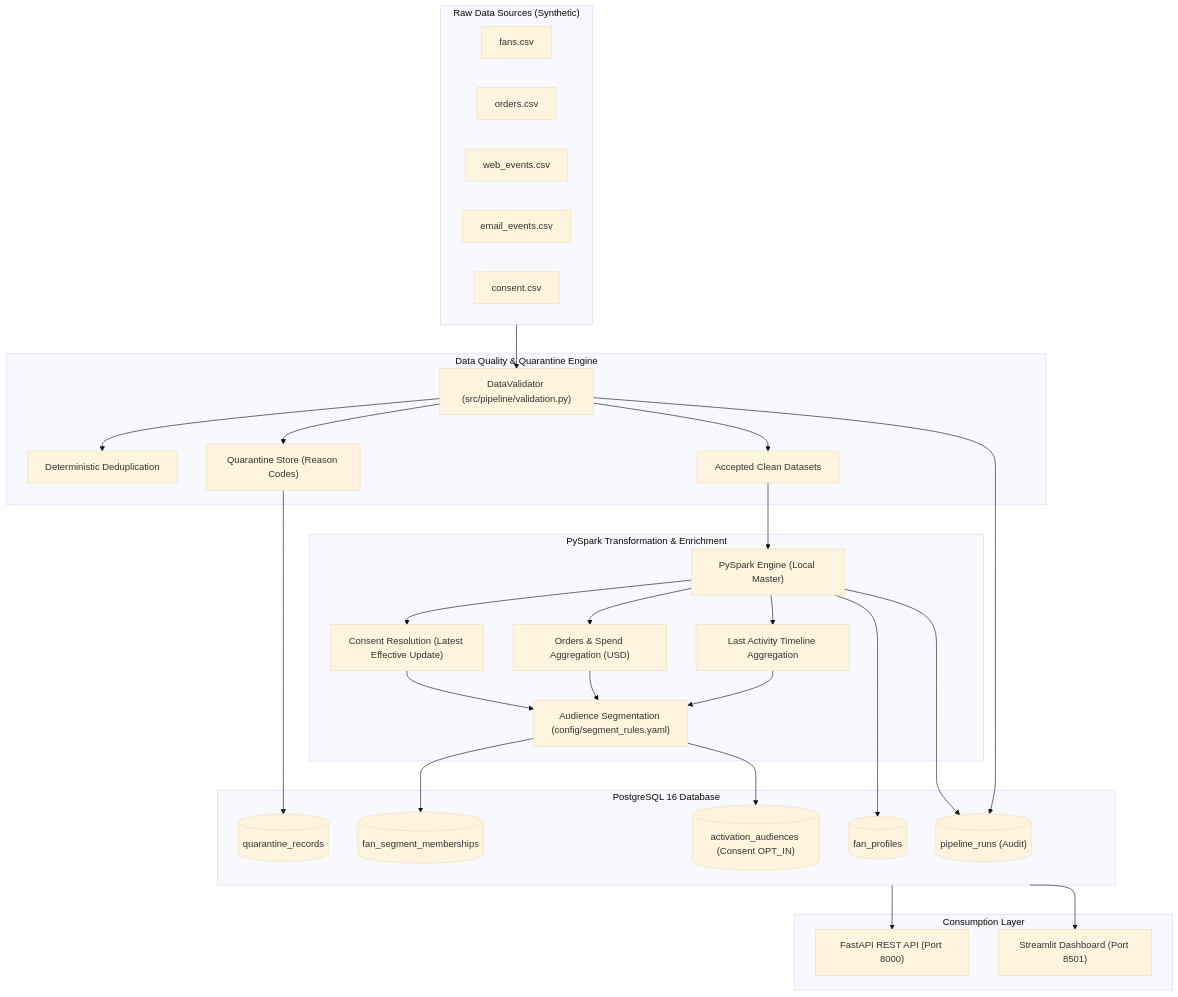
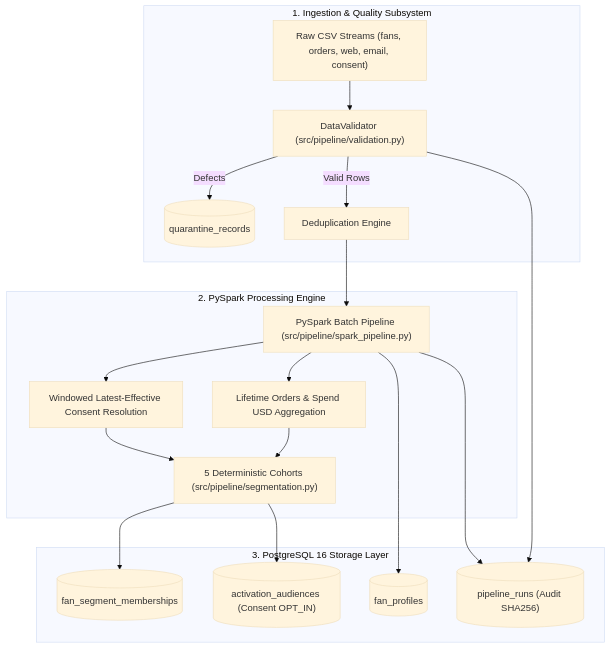
Before and after one commit to tejashr0716/fan360: the first of 2 diagrams in docs/architecture.md, drawn with Mermaid (base theme). The commit also changed other lines of this file and 9 other files, not shown here.

First line of the commit message:
docs: add comprehensive requirements, traceability matrix, architecture ADRs, code walkthrough, setup, troubleshooting runbook, and demo guide

````diff
--- a/docs/architecture.md
+++ b/docs/architecture.md
@@ -4,58 +12,31 @@
 ```mermaid
 flowchart TD
-    subgraph Sources["Raw Data Sources (Synthetic)"]
-        F["fans.csv"]
-        O["orders.csv"]
-        W["web_events.csv"]
-        E["email_events.csv"]
-        C["consent.csv"]
+    subgraph Ingestion["1. Ingestion & Quality Subsystem"]
+        CSV["Raw CSV Streams (fans, orders, web, email, consent)"]
+        VAL["DataValidator (src/pipeline/validation.py)"]
+        DEDUP["Deduplication Engine"]
+        QUAR[("quarantine_records")]
     end
 
-    subgraph Phase1["Data Quality & Quarantine Engine"]
-        VAL["DataValidator (src/pipeline/validation.py)"]
-        DEDUP["Deterministic Deduplication"]
-        QUAR["Quarantine Store (Reason Codes)"]
-        ACC["Accepted Clean Datasets"]
+    subgraph Transformation["2. PySpark Processing Engine"]
+        SPARK["PySpark Batch Pipeline (src/pipeline/spark_pipeline.py)"]
+        CONSENT_WIN["Windowed Latest-Effective Consent Resolution"]
+        METRICS_AGG["Lifetime Orders & Spend USD Aggregation"]
+        COHORTS["5 Deterministic Cohorts (src/pipeline/segmentation.py)"]
     end
 
-    subgraph Phase2["PySpark Transformation & Enrichment"]
-        SPARK["PySpark Engine (Local Master)"]
-        CONSENT_RES["Consent Resolution (Latest Effective Update)"]
-        ORDER_AGG["Orders & Spend Aggregation (USD)"]
-        ACT_AGG["Last Activity Timeline Aggregation"]
-        SEG_CALC["Audience Segmentation (config/segment_rules.yaml)"]
+    subgraph Storage["3. PostgreSQL 16 Storage Layer"]
+        DB_PROF[("fan_profiles")]
+        DB_MEM[("fan_segment_memberships")]
+        DB_ACT[("activation_audiences (Consent OPT_IN)")]
+        DB_RUNS[("pipeline_runs (Audit SHA256)")]
     end
 
-    subgraph Storage["PostgreSQL 16 Database"]
-        TB_RUNS[("pipeline_runs (Audit)")]
-        TB_QUAR[("quarantine_records")]
-        TB_PROF[("fan_profiles")]
-        TB_MEM[("fan_segment_memberships")]
-        TB_ACT[("activation_audiences (Consent OPT_IN)")]
-    end
-
-    subgraph Serving["Consumption Layer"]
-        API["FastAPI REST API (Port 8000)"]
-        UI["Streamlit Dashboard (Port 8501)"]
-    end
-
-    Sources --> VAL
-    VAL --> DEDUP
-    VAL --> QUAR
-    VAL --> ACC
-    QUAR --> TB_QUAR
-
-    ACC --> SPARK
-    SPARK --> CONSENT_RES
-    SPARK --> ORDER_AGG
-    SPARK --> ACT_AGG
-    CONSENT_RES & ORDER_AGG & ACT_AGG --> SEG_CALC
-
-    SPARK --> TB_PROF
-    SEG_CALC --> TB_MEM
-    SEG_CALC --> TB_ACT
-    VAL & SPARK --> TB_RUNS
-
-    Storage --> API
-    Storage --> UI
+    CSV --> VAL
+    VAL -->|Defects| QUAR
+    VAL -->|Valid Rows| DEDUP --> SPARK
+    SPARK --> CONSENT_WIN & METRICS_AGG --> COHORTS
+    SPARK --> DB_PROF
+    COHORTS --> DB_MEM & DB_ACT
+    VAL & SPARK --> DB_RUNS
 ```
````
